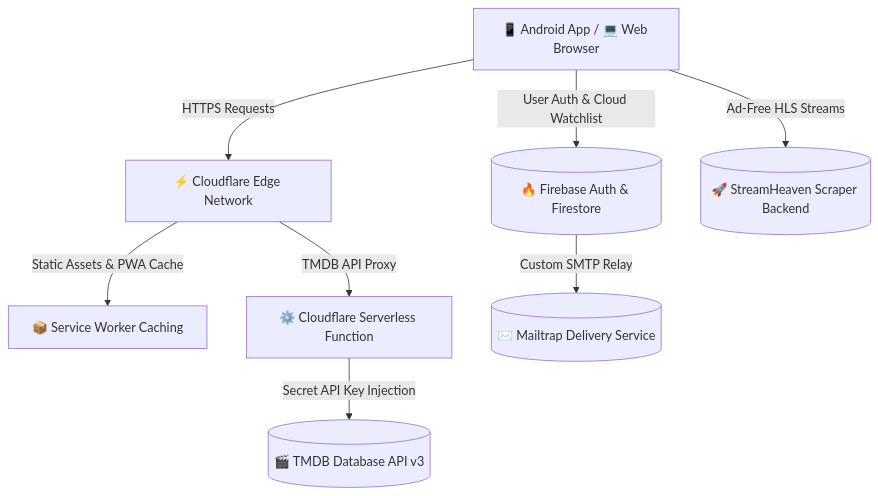
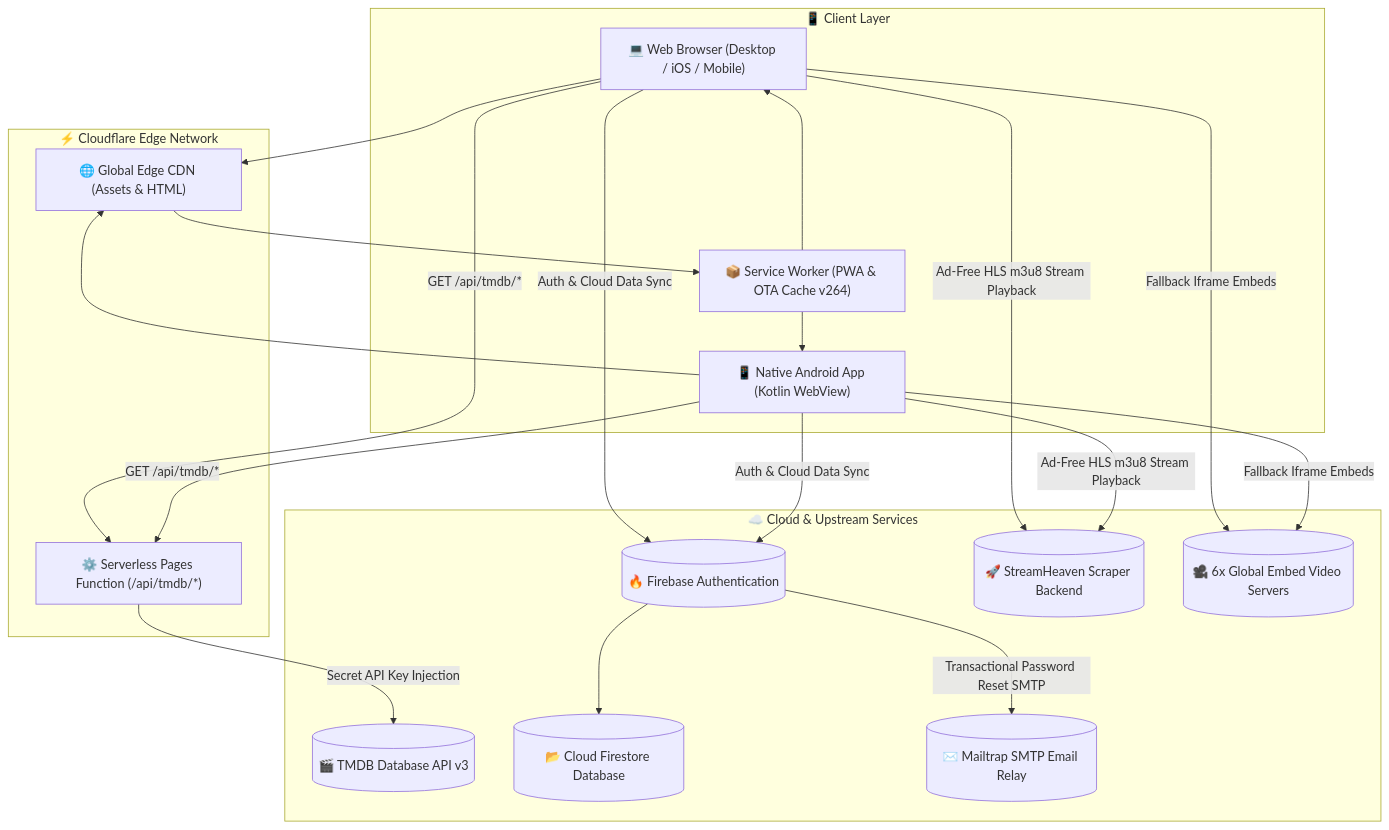
The diagram in README.md (SamJU25/CineCub), drawn with Mermaid before and after one commit. The commit also changed other lines of this file and 1 other file, not shown here.

Commit message:
docs: deeply expand README.md and SHOWCASE.md with comprehensive engineering case studies, architecture, and performance audits

````diff
--- a/README.md
+++ b/README.md
@@ -46,10 +47,42 @@
 ```mermaid
 graph TD
-    Client["📱 Android App / 💻 Web Browser"] -->|"HTTPS Requests"| CF["⚡ Cloudflare Edge Network"]
-    CF -->|"Static Assets & PWA Cache"| SW["📦 Service Worker Caching"]
-    CF -->|"TMDB API Proxy"| CFWorkers["⚙️ Cloudflare Serverless Function"]
-    CFWorkers -->|"Secret API Key Injection"| TMDB[("🎬 TMDB Database API v3")]
-    Client -->|"User Auth & Cloud Watchlist"| FB[("🔥 Firebase Auth & Firestore")]
-    FB -->|"Custom SMTP Relay"| MT[("✉️ Mailtrap Delivery Service")]
-    Client -->|"Ad-Free HLS Streams"| APIBack[("🚀 StreamHeaven Scraper Backend")]
+    subgraph Clients["📱 Client Layer"]
+        WebApp["💻 Web Browser (Desktop / iOS / Mobile)"]
+        NativeApp["📱 Native Android App (Kotlin WebView)"]
+        SW["📦 Service Worker (PWA & OTA Cache v264)"]
+    end
+
+    subgraph Edge["⚡ Cloudflare Edge Network"]
+        CDN["🌐 Global Edge CDN (Assets & HTML)"]
+        CFWorkers["⚙️ Serverless Pages Function (/api/tmdb/*)"]
+    end
+
+    subgraph UpstreamServices["☁️ Cloud & Upstream Services"]
+        TMDB[("🎬 TMDB Database API v3")]
+        FBAuth[("🔥 Firebase Authentication")]
+        FBDoc[("📂 Cloud Firestore Database")]
+        MTRelay[("✉️ Mailtrap SMTP Email Relay")]
+        HLSStreams[("🚀 StreamHeaven Scraper Backend")]
+        EmbedServers[("🎥 6x Global Embed Video Servers")]
+    end
+
+    WebApp --> CDN
+    NativeApp --> CDN
+    CDN --> SW
+    SW --> WebApp
+    SW --> NativeApp
+
+    WebApp -->|"GET /api/tmdb/*"| CFWorkers
+    NativeApp -->|"GET /api/tmdb/*"| CFWorkers
+    CFWorkers -->|"Secret API Key Injection"| TMDB
+
+    WebApp -->|"Auth & Cloud Data Sync"| FBAuth
+    NativeApp -->|"Auth & Cloud Data Sync"| FBAuth
+    FBAuth --> FBDoc
+    FBAuth -->|"Transactional Password Reset SMTP"| MTRelay
+
+    WebApp -->|"Ad-Free HLS m3u8 Stream Playback"| HLSStreams
+    NativeApp -->|"Ad-Free HLS m3u8 Stream Playback"| HLSStreams
+    WebApp -->|"Fallback Iframe Embeds"| EmbedServers
+    NativeApp -->|"Fallback Iframe Embeds"| EmbedServers
 ```
````
